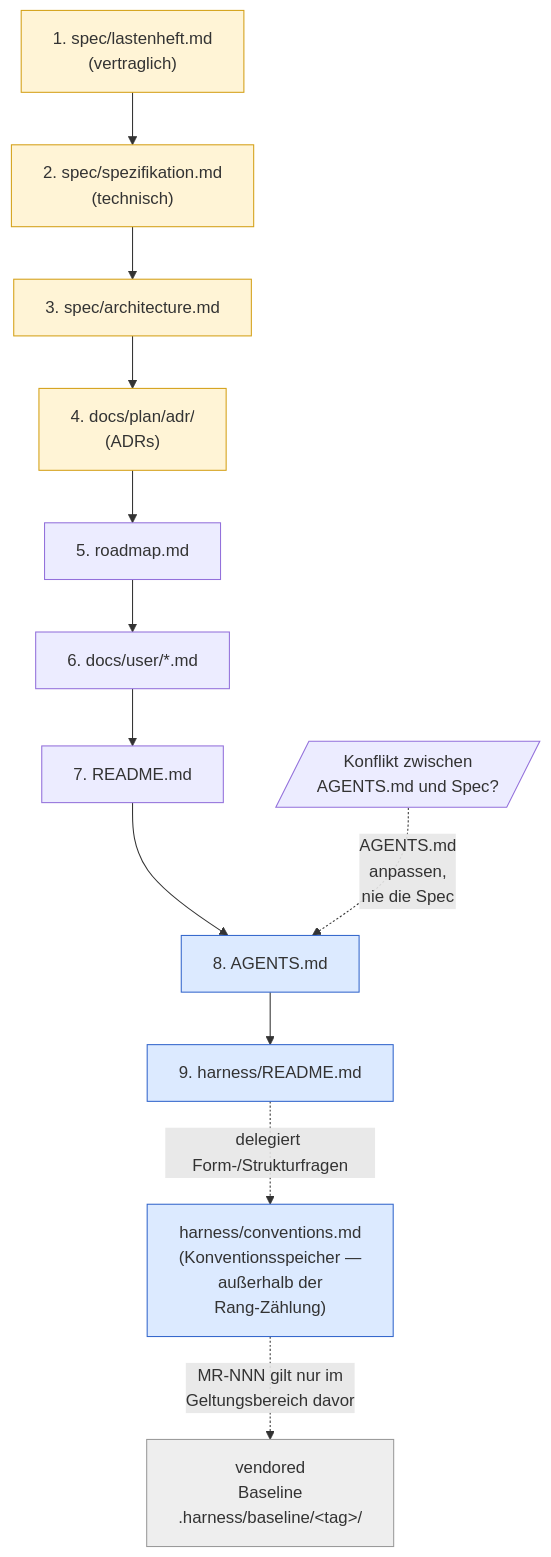
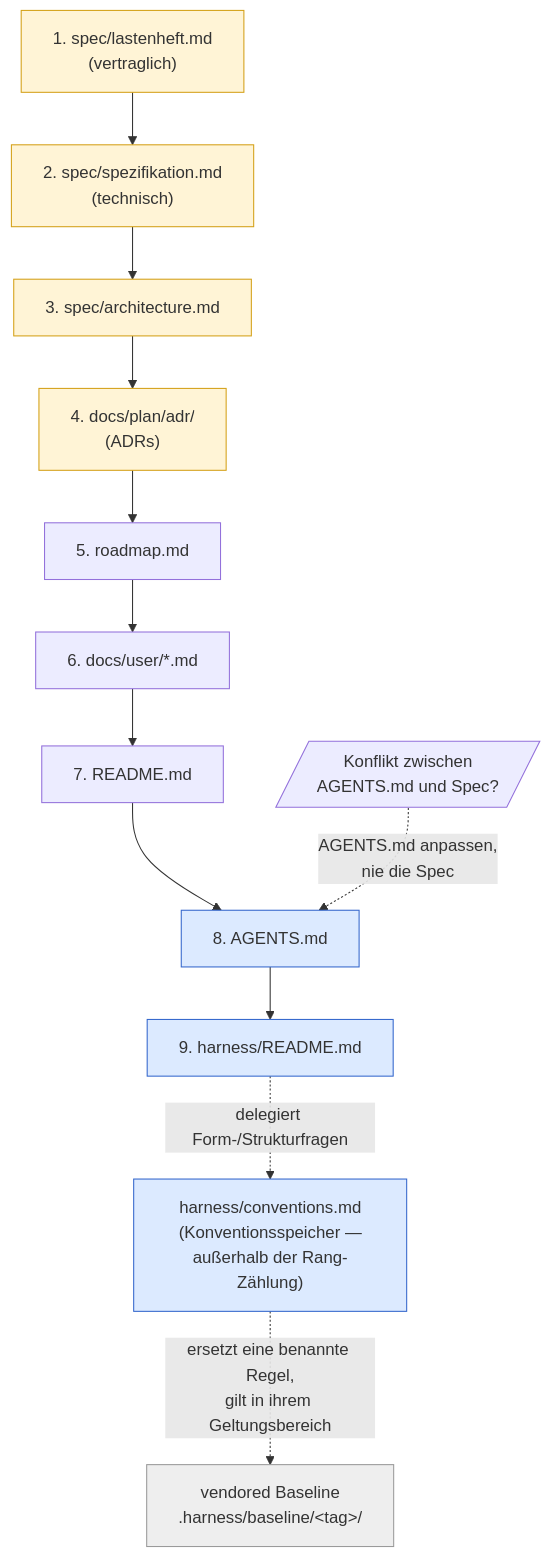
Before and after one commit to pt9912/ai-harness-course: the first of 5 diagrams in lab/regelwerk/grundlagen-konventionen.md, drawn with Mermaid. The commit also changed other lines of this file and 12 other files, not shown here.

````diff
--- a/lab/regelwerk/grundlagen-konventionen.md
+++ b/lab/regelwerk/grundlagen-konventionen.md
@@ -131,27 +132,23 @@
 ```mermaid
 flowchart TD
     L["1. spec/lastenheft.md<br/>(vertraglich)"] --> T["2. spec/spezifikation.md<br/>(technisch)"]
     T --> S["3. spec/architecture.md"]
     S --> A["4. docs/plan/adr/<br/>(ADRs)"]
     A --> R["5. roadmap.md"]
     R --> U["6. docs/user/*.md"]
     U --> RM["7. README.md"]
     RM --> AG["8. AGENTS.md"]
     AG --> H["9. harness/README.md"]
-    H -. "delegiert Form-/Strukturfragen" .->
-    C["harness/conventions.md<br/>(Konventionsspeicher —<br/>außerhalb der
-    Rang-Zählung)"]
-    C -. "MR-NNN gilt nur im<br/>Geltungsbereich davor" .-> B["vendored
-    Baseline<br/>.harness/baseline/&lt;tag&gt;/"]
+    H -. "delegiert Form-/Strukturfragen" .-> C["harness/conventions.md<br/>(Konventionsspeicher —<br/>außerhalb der Rang-Zählung)"]
+    C -. "ersetzt eine benannte Regel,<br/>gilt in ihrem Geltungsbereich" .-> B["vendored Baseline<br/>.harness/baseline/&lt;tag&gt;/"]
     style L fill:#fff4d6,stroke:#d4a017
     style T fill:#fff4d6,stroke:#d4a017
     style S fill:#fff4d6,stroke:#d4a017
     style A fill:#fff4d6,stroke:#d4a017
     style AG fill:#dceaff,stroke:#3366cc
     style H fill:#dceaff,stroke:#3366cc
     style C fill:#dceaff,stroke:#3366cc
     style B fill:#eeeeee,stroke:#999999
 
-    Conflict[/"Konflikt zwischen<br/>AGENTS.md und Spec?"/] -. "AGENTS.md
-    anpassen,<br/>nie die Spec" .-> AG
+    Conflict[/"Konflikt zwischen<br/>AGENTS.md und Spec?"/] -. "AGENTS.md anpassen,<br/>nie die Spec" .-> AG
 ```
````
